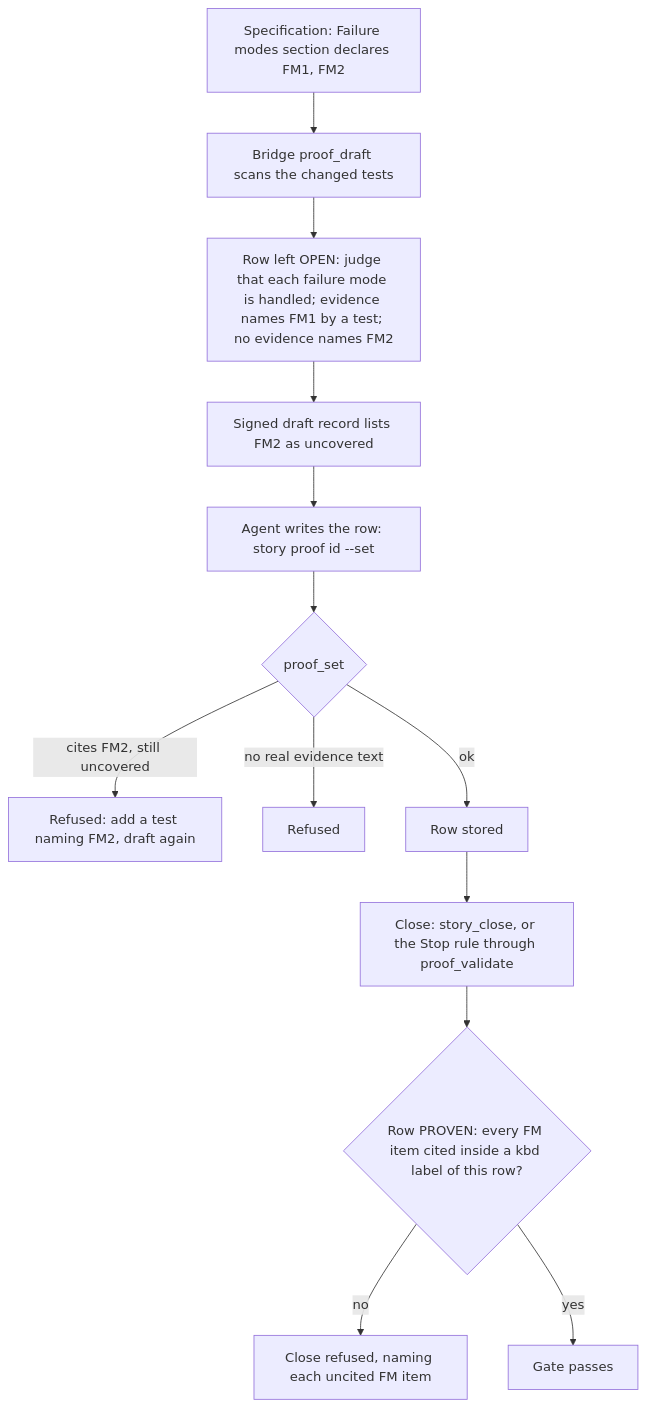
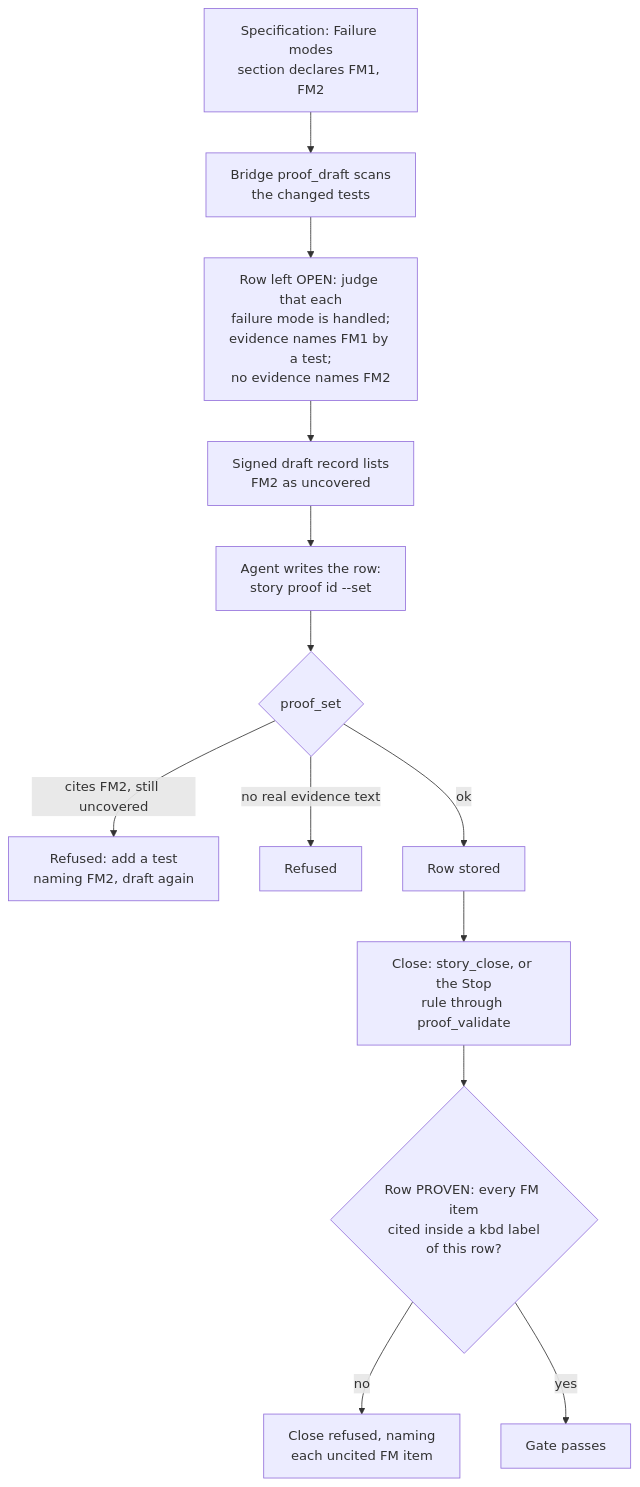
Before and after one commit to DogmaSolutions/Kyklos: the diagram in docs/PROOF_DIMENSION_ROBUSTNESS.md, drawn with Mermaid. The commit also changed 38 other files, not shown here.

````diff
--- a/docs/PROOF_DIMENSION_ROBUSTNESS.md
+++ b/docs/PROOF_DIMENSION_ROBUSTNESS.md
@@ -34,15 +34,15 @@
 ```mermaid
 flowchart TD
-    A["Specification: Failure modes section declares FM1, FM2"] --> B["Bridge proof_draft scans the changed tests"]
-    B --> C["Row left OPEN: judge that each failure mode is handled; evidence names FM1 by a test; no evidence names FM2"]
-    C --> D["Signed draft record lists FM2 as uncovered"]
-    D --> E["Agent writes the row: story proof id --set"]
+    A["Specification: Failure modes<br/>section declares FM1, FM2"] --> B["Bridge proof_draft scans<br/>the changed tests"]
+    B --> C["Row left OPEN: judge that each<br/>failure mode is handled;<br/>evidence names FM1 by a test;<br/>no evidence names FM2"]
+    C --> D["Signed draft record lists<br/>FM2 as uncovered"]
+    D --> E["Agent writes the row:<br/>story proof id --set"]
     E --> F{"proof_set"}
-    F -->|"cites FM2, still uncovered"| X1["Refused: add a test naming FM2, draft again"]
+    F -->|"cites FM2, still uncovered"| X1["Refused: add a test<br/>naming FM2, draft again"]
     F -->|"no real evidence text"| X2["Refused"]
     F -->|"ok"| S["Row stored"]
-    S --> G["Close: story_close, or the Stop rule through proof_validate"]
-    G --> H{"Row PROVEN: every FM item cited inside a kbd label of this row?"}
-    H -->|"no"| X3["Close refused, naming each uncited FM item"]
+    S --> G["Close: story_close, or the Stop<br/>rule through proof_validate"]
+    G --> H{"Row PROVEN: every FM item<br/>cited inside a kbd label<br/>of this row?"}
+    H -->|"no"| X3["Close refused, naming<br/>each uncited FM item"]
     H -->|"yes"| OK["Gate passes"]
 ```
````
